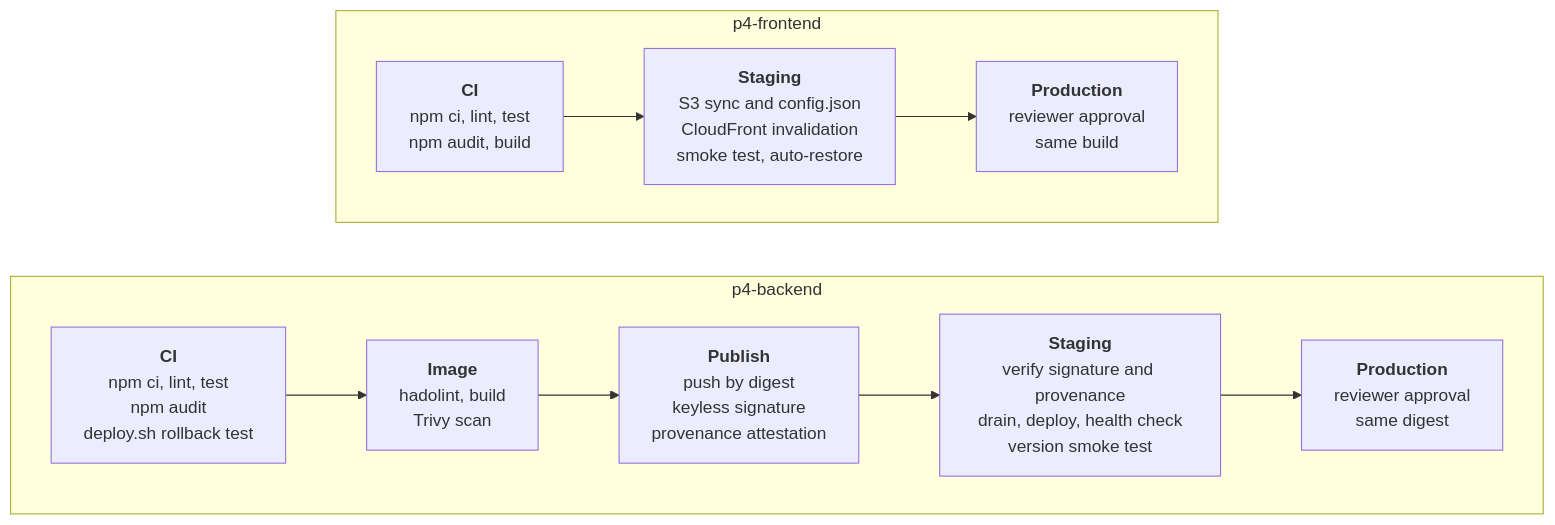
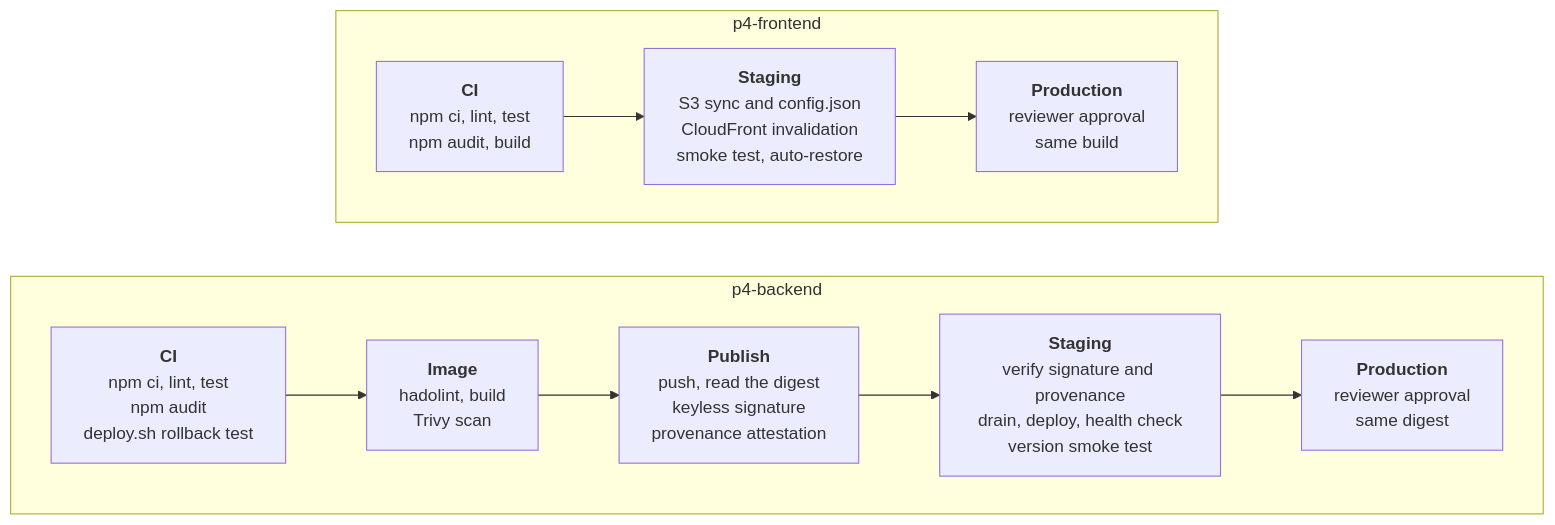
One commit to ndmquan-git/devops-challenge-ndmquan changed the diagram in src/problem4/SOLUTION.md. Above: the diagram before and after it, drawn with Mermaid. The commit also changed other lines of this file and 23 other files, not shown here.

````diff
--- a/src/problem4/SOLUTION.md
+++ b/src/problem4/SOLUTION.md
@@ -64,35 +66,35 @@
 ```mermaid
 flowchart LR
   subgraph backend["p4-backend"]
     direction LR
     b1["`**CI**
 npm ci, lint, test
 npm audit
 deploy.sh rollback test`"] --> b2["`**Image**
 hadolint, build
 Trivy scan`"]
     b2 --> b3["`**Publish**
-push by digest
+push, read the digest
 keyless signature
 provenance attestation`"]
     b3 --> b4["`**Staging**
 verify signature and provenance
 drain, deploy, health check
 version smoke test`"]
     b4 --> b5["`**Production**
 reviewer approval
 same digest`"]
   end
   subgraph frontend["p4-frontend"]
     direction LR
     f1["`**CI**
 npm ci, lint, test
 npm audit, build`"] --> f2["`**Staging**
 S3 sync and config.json
 CloudFront invalidation
 smoke test, auto-restore`"]
     f2 --> f3["`**Production**
 reviewer approval
 same build`"]
   end
 ```
````
